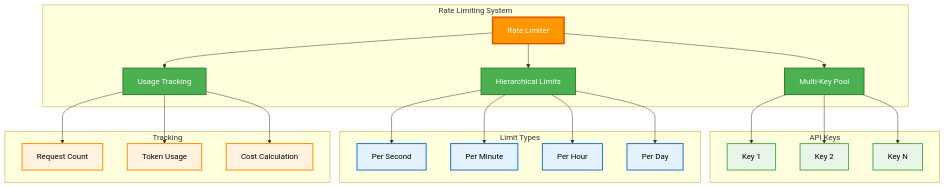
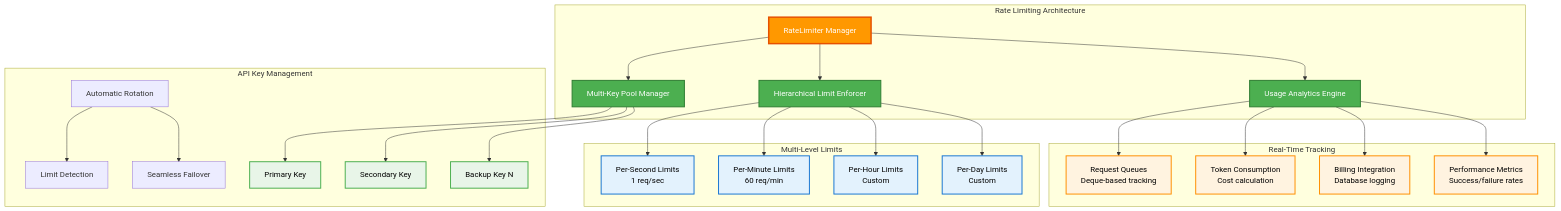
Before and after one commit to Independent-AI-Labs/AMI-SDA: the eighth of 15 diagrams in ARCHITECTURE.md, drawn with Mermaid. The commit also changed other lines of this file and 1 other file, not shown here.

````diff
--- a/ARCHITECTURE.md
+++ b/ARCHITECTURE.md
@@ -627,42 +704,46 @@
 ```mermaid
 graph TB
-    subgraph "Rate Limiting System"
-        A[Rate Limiter] --> B[Multi-Key Pool]
-        A --> C[Hierarchical Limits]
-        A --> D[Usage Tracking]
+    subgraph "Rate Limiting Architecture"
+        A[RateLimiter Manager] --> B[Multi-Key Pool Manager]
+        A --> C[Hierarchical Limit Enforcer]
+        A --> D[Usage Analytics Engine]
     end
     
-    subgraph "API Keys"
-        B --> E[Key 1]
-        B --> F[Key 2]
-        B --> G[Key N]
+    subgraph "API Key Management"
+        B --> E[Primary Key]
+        B --> F[Secondary Key]
+        B --> G[Backup Key N]
+        H[Automatic Rotation] --> I[Limit Detection]
+        H --> J[Seamless Failover]
     end
     
-    subgraph "Limit Types"
-        C --> H[Per Second]
-        C --> I[Per Minute]
-        C --> J[Per Hour]
-        C --> K[Per Day]
+    subgraph "Multi-Level Limits"
+        C --> K[Per-Second Limits<br/>1 req/sec]
+        C --> L[Per-Minute Limits<br/>60 req/min]
+        C --> M[Per-Hour Limits<br/>Custom]
+        C --> N[Per-Day Limits<br/>Custom]
     end
     
-    subgraph "Tracking"
-        D --> L[Request Count]
-        D --> M[Token Usage]
-        D --> N[Cost Calculation]
+    subgraph "Real-Time Tracking"
+        D --> O[Request Queues<br/>Deque-based tracking]
+        D --> P[Token Consumption<br/>Cost calculation]
+        D --> Q[Billing Integration<br/>Database logging]
+        D --> R[Performance Metrics<br/>Success/failure rates]
     end
     
     style A fill:#FF9800,stroke:#E65100,stroke-width:3px,color:#fff
     style B fill:#4CAF50,stroke:#2E7D32,stroke-width:2px,color:#fff
     style C fill:#4CAF50,stroke:#2E7D32,stroke-width:2px,color:#fff
     style D fill:#4CAF50,stroke:#2E7D32,stroke-width:2px,color:#fff
     style E fill:#E8F5E8,stroke:#4CAF50,stroke-width:2px,color:#000
     style F fill:#E8F5E8,stroke:#4CAF50,stroke-width:2px,color:#000
     style G fill:#E8F5E8,stroke:#4CAF50,stroke-width:2px,color:#000
-    style H fill:#E3F2FD,stroke:#1976D2,stroke-width:2px,color:#000
-    style I fill:#E3F2FD,stroke:#1976D2,stroke-width:2px,color:#000
-    style J fill:#E3F2FD,stroke:#1976D2,stroke-width:2px,color:#000
     style K fill:#E3F2FD,stroke:#1976D2,stroke-width:2px,color:#000
-    style L fill:#FFF3E0,stroke:#FF8F00,stroke-width:2px,color:#000
-    style M fill:#FFF3E0,stroke:#FF8F00,stroke-width:2px,color:#000
-    style N fill:#FFF3E0,stroke:#FF8F00,stroke-width:2px,color:#000
+    style L fill:#E3F2FD,stroke:#1976D2,stroke-width:2px,color:#000
+    style M fill:#E3F2FD,stroke:#1976D2,stroke-width:2px,color:#000
+    style N fill:#E3F2FD,stroke:#1976D2,stroke-width:2px,color:#000
+    style O fill:#FFF3E0,stroke:#FF8F00,stroke-width:2px,color:#000
+    style P fill:#FFF3E0,stroke:#FF8F00,stroke-width:2px,color:#000
+    style Q fill:#FFF3E0,stroke:#FF8F00,stroke-width:2px,color:#000
+    style R fill:#FFF3E0,stroke:#FF8F00,stroke-width:2px,color:#000
 ```
````
